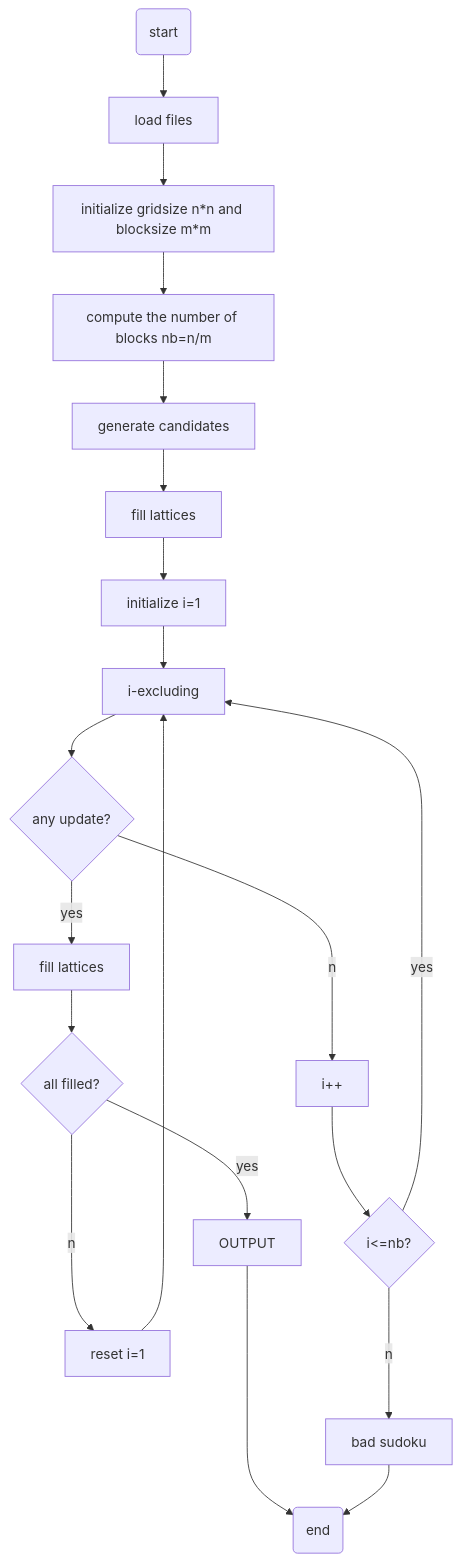
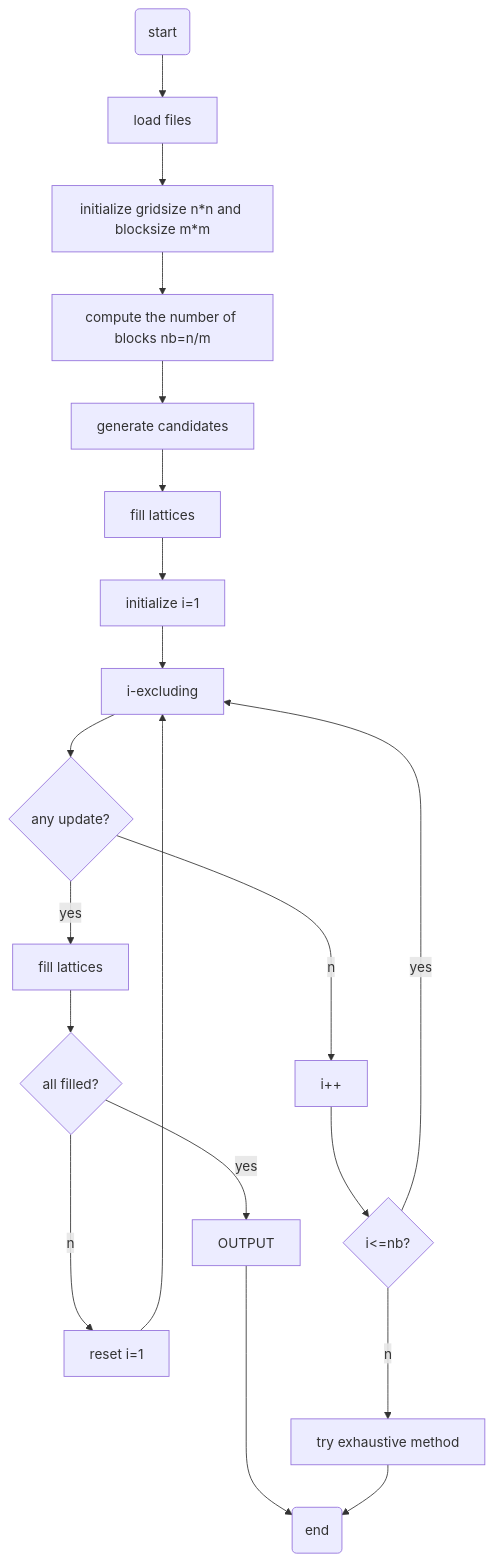
Before and after one commit to BenQuickDeNN/SudokuSolver: the first of 2 diagrams in README.MD, drawn with Mermaid. The commit also changed other lines of this file, not shown here.

````diff
--- a/README.MD
+++ b/README.MD
@@ -5,22 +5,22 @@
 ```mermaid
 graph TD
     START("start")-->LOAD["load files"]
     LOAD-->INIT["initialize gridsize n*n and blocksize m*m"]
     INIT-->NOB["compute the number of blocks nb=n/m"]
     NOB-->GC["generate candidates"]
     GC-->FILL1["fill lattices"]
     FILL1-->INII["initialize i=1"]
     INII-->EXCLUDING["i-excluding"]
     EXCLUDING-->IF1{"any update?"}
     IF1--yes-->FILL2["fill lattices"]
     IF1--no-->PLUSI["i++"]
     PLUSI-->BI{"i<=nb?"}
     BI--yes-->EXCLUDING
-    BI--no-->ERR1["bad sudoku"]
+    BI--no-->EXM["try exhaustive method"]
     FILL2-->ALF{all filled?}
     ALF--yes-->OUTPUT
     ALF--no-->RESETI["reset i=1"]
     RESETI-->EXCLUDING
     OUTPUT-->END("end")
-    ERR1-->END
+    EXM-->END
 ```
````
